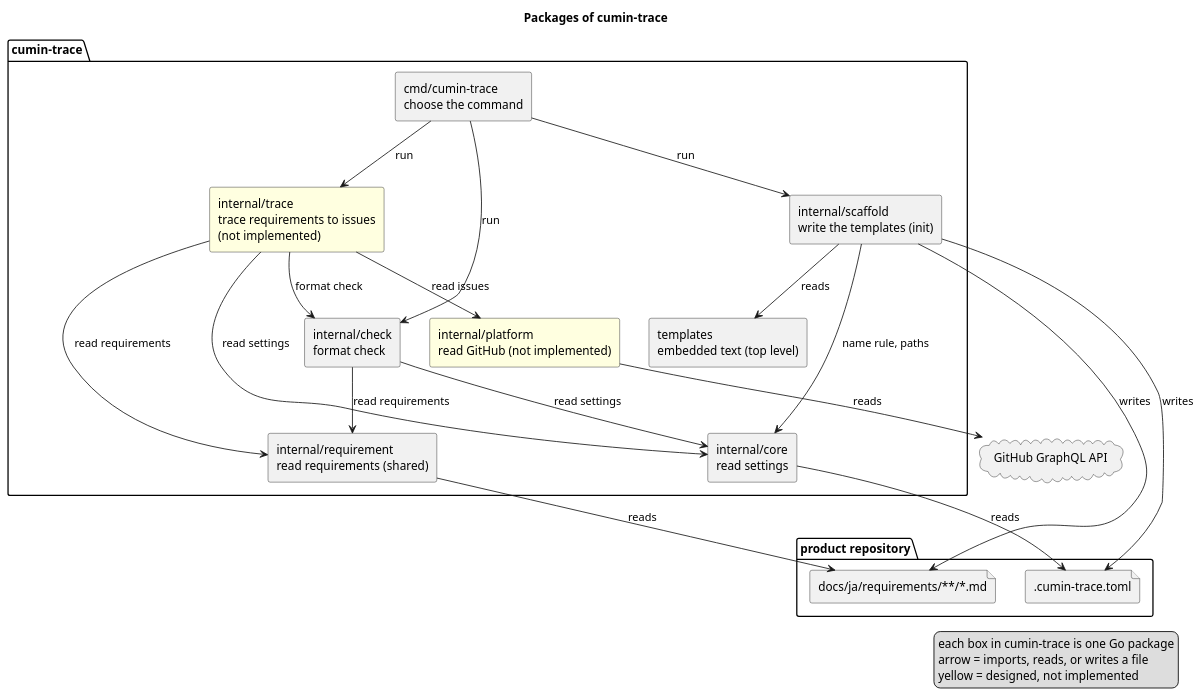
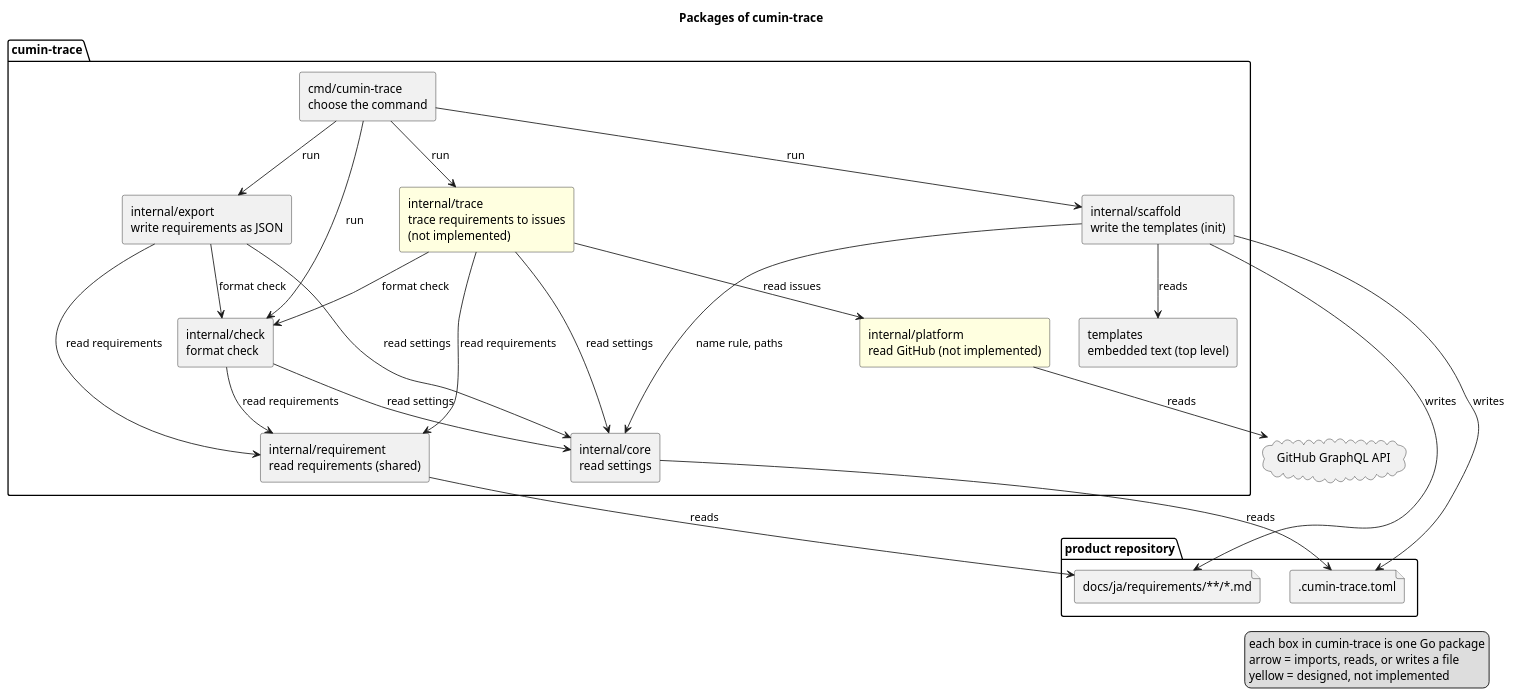
One commit to cloveclovedev/cumin-trace changed the diagram in docs/ja/architecture/overview.puml. Above: the diagram before and after it, drawn with PlantUML. The commit also changed 15 other files, not shown here.

First line of the commit message:
feat(export): add cumin-trace export that writes every requirement as JSON (#101)

```diff
--- a/docs/ja/architecture/overview.puml
+++ b/docs/ja/architecture/overview.puml
@@ -1,46 +1,51 @@
 @startuml overview
 title Packages of cumin-trace
 skinparam shadowing false
 skinparam componentStyle rectangle
 
 package "product repository" {
   file ".cumin-trace.toml" as toml
   file "docs/ja/requirements/**/*.md" as docs
 }
 
 package "cumin-trace" {
   [cmd/cumin-trace\nchoose the command] as cmd
   [internal/check\nformat check] as check
   [internal/requirement\nread requirements (shared)] as requirement
   [internal/core\nread settings] as core
+  [internal/export\nwrite requirements as JSON] as export
   [internal/scaffold\nwrite the templates (init)] as scaffold
   [templates\nembedded text (top level)] as templates
   [internal/trace\ntrace requirements to issues\n(not implemented)] as trace #LightYellow
   [internal/platform\nread GitHub (not implemented)] as platform #LightYellow
 }
 
 cloud "GitHub GraphQL API" as api
 
 cmd --> check : run
+cmd --> export : run
 cmd --> scaffold : run
 cmd --> trace : run
+export --> check : format check
+export --> requirement : read requirements
+export --> core : read settings
 trace --> check : format check
 trace --> requirement : read requirements
 trace --> core : read settings
 trace --> platform : read issues
 platform --> api : reads
 scaffold --> templates : reads
 scaffold --> core : name rule, paths
 scaffold --> toml : writes
 scaffold --> docs : writes
 check --> requirement : read requirements
 check --> core : read settings
 core --> toml : reads
 requirement --> docs : reads
 
 legend right
   each box in cumin-trace is one Go package
   arrow = imports, reads, or writes a file
   yellow = designed, not implemented
 endlegend
 @enduml
```
